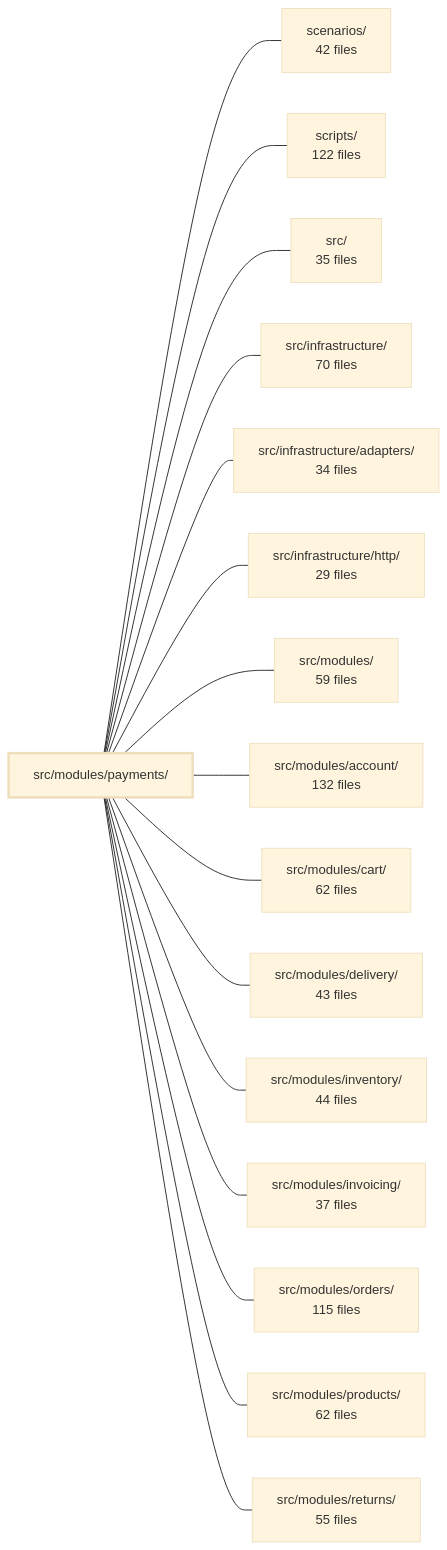
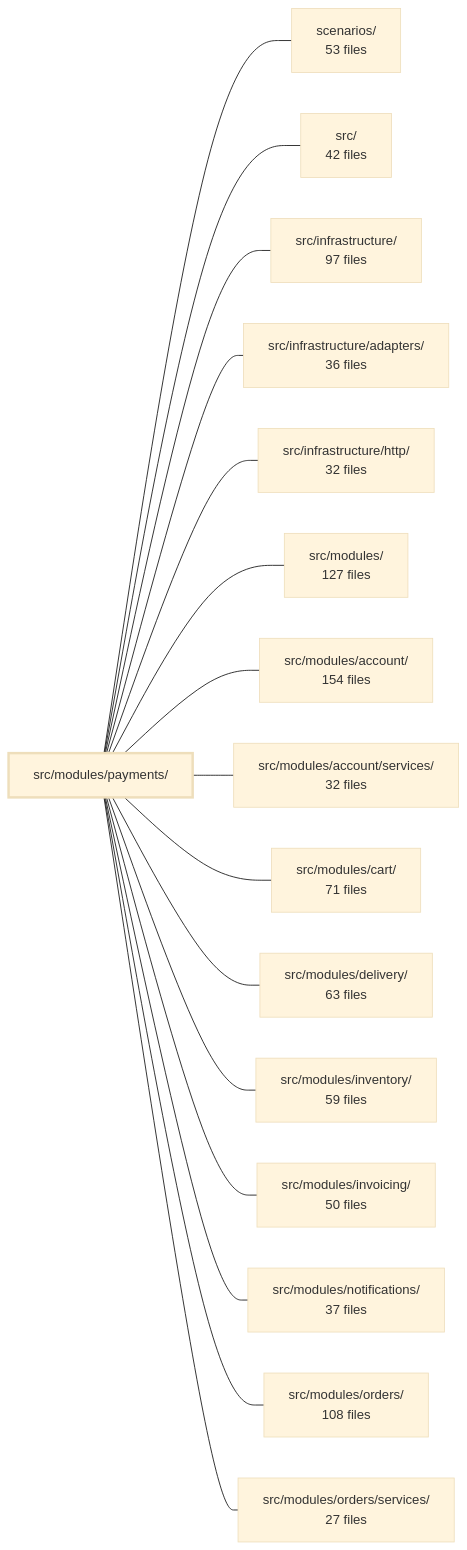
Before and after one commit to Guebbit/boilerplate-node-backend: the diagram in .2brain/modules/boilerplate-node-backend_src_modules_payments.md, drawn with Mermaid (base theme). The commit also changed other lines of this file and 1775 other files, not shown here.

````diff
--- a/.2brain/modules/boilerplate-node-backend_src_modules_payments.md
+++ b/.2brain/modules/boilerplate-node-backend_src_modules_payments.md
@@ -42,35 +46,35 @@
 ```mermaid
 flowchart LR
     m_src_modules_payments["src/modules/payments/"]
-    m_scenarios["scenarios/<br/>42 files"]
-    m_scripts["scripts/<br/>122 files"]
-    m_src["src/<br/>35 files"]
-    m_src_infrastructure["src/infrastructure/<br/>70 files"]
-    m_src_infrastructure_adapters["src/infrastructure/adapters/<br/>34 files"]
-    m_src_infrastructure_http["src/infrastructure/http/<br/>29 files"]
-    m_src_modules["src/modules/<br/>59 files"]
-    m_src_modules_account["src/modules/account/<br/>132 files"]
-    m_src_modules_cart["src/modules/cart/<br/>62 files"]
-    m_src_modules_delivery["src/modules/delivery/<br/>43 files"]
-    m_src_modules_inventory["src/modules/inventory/<br/>44 files"]
-    m_src_modules_invoicing["src/modules/invoicing/<br/>37 files"]
-    m_src_modules_orders["src/modules/orders/<br/>115 files"]
-    m_src_modules_products["src/modules/products/<br/>62 files"]
-    m_src_modules_returns["src/modules/returns/<br/>55 files"]
+    m_scenarios["scenarios/<br/>53 files"]
+    m_src["src/<br/>42 files"]
+    m_src_infrastructure["src/infrastructure/<br/>97 files"]
+    m_src_infrastructure_adapters["src/infrastructure/adapters/<br/>36 files"]
+    m_src_infrastructure_http["src/infrastructure/http/<br/>32 files"]
+    m_src_modules["src/modules/<br/>127 files"]
+    m_src_modules_account["src/modules/account/<br/>154 files"]
+    m_src_modules_account_services["src/modules/account/services/<br/>32 files"]
+    m_src_modules_cart["src/modules/cart/<br/>71 files"]
+    m_src_modules_delivery["src/modules/delivery/<br/>63 files"]
+    m_src_modules_inventory["src/modules/inventory/<br/>59 files"]
+    m_src_modules_invoicing["src/modules/invoicing/<br/>50 files"]
+    m_src_modules_notifications["src/modules/notifications/<br/>37 files"]
+    m_src_modules_orders["src/modules/orders/<br/>108 files"]
+    m_src_modules_orders_services["src/modules/orders/services/<br/>27 files"]
     m_src_modules_payments --- m_scenarios
-    m_src_modules_payments --- m_scripts
     m_src_modules_payments --- m_src
     m_src_modules_payments --- m_src_infrastructure
     m_src_modules_payments --- m_src_infrastructure_adapters
     m_src_modules_payments --- m_src_infrastructure_http
     m_src_modules_payments --- m_src_modules
     m_src_modules_payments --- m_src_modules_account
+    m_src_modules_payments --- m_src_modules_account_services
     m_src_modules_payments --- m_src_modules_cart
     m_src_modules_payments --- m_src_modules_delivery
     m_src_modules_payments --- m_src_modules_inventory
     m_src_modules_payments --- m_src_modules_invoicing
+    m_src_modules_payments --- m_src_modules_notifications
     m_src_modules_payments --- m_src_modules_orders
-    m_src_modules_payments --- m_src_modules_products
-    m_src_modules_payments --- m_src_modules_returns
+    m_src_modules_payments --- m_src_modules_orders_services
     style m_src_modules_payments stroke-width:3px
 ```
````
